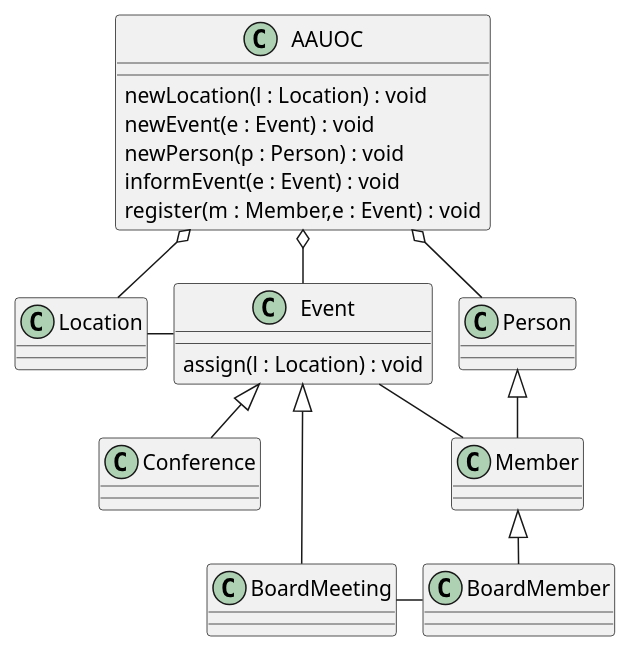
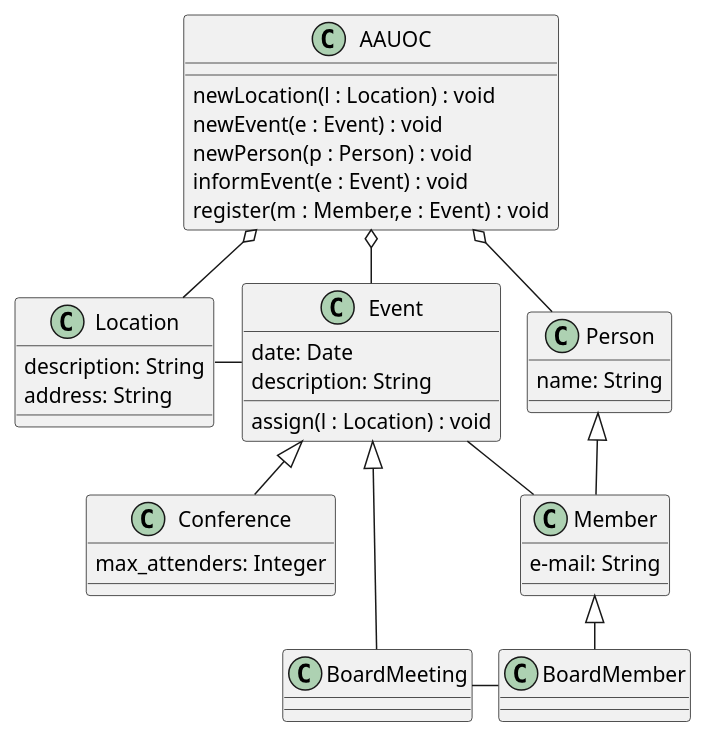
One commit to pacoFlorido/UMLClasesPacoFlorido changed the diagram in src/UML.puml. Above: the diagram before and after it, drawn with PlantUML. The commit also changed 2 other files, not shown here.

```diff
--- a/src/UML.puml
+++ b/src/UML.puml
@@ -1,45 +1,56 @@
 @startuml
 
 !pragma layout smetana
 
-class Member
+class Member{
+e-mail: String
+}
 
 class BoardMember
 
 class Event{
+date: Date
+description: String
 assign(l : Location) : void
 }
 
-class Conference
+class Conference{
+max_attenders: Integer
+}
 
 class BoardMeeting
 
-class Location
+class Location{
+description: String
+address: String
+}
 
-class Person
+class Person{
+name: String
+}
 
 class AAUOC{
 newLocation(l : Location) : void
 newEvent(e : Event) : void
 newPerson(p : Person) : void
 informEvent(e : Event) : void
 register(m : Member,e : Event) : void
 }
 
 Event <|-- Conference
 Event <|-- BoardMeeting
 
 Person <|-- Member
 Member <|-- BoardMember
 
 Location - Event
 
 AAUOC o-- Location
 AAUOC o-- Event
 AAUOC o-- Person
 
 BoardMeeting - BoardMember
 
 Event - Member
 
 @enduml
```
